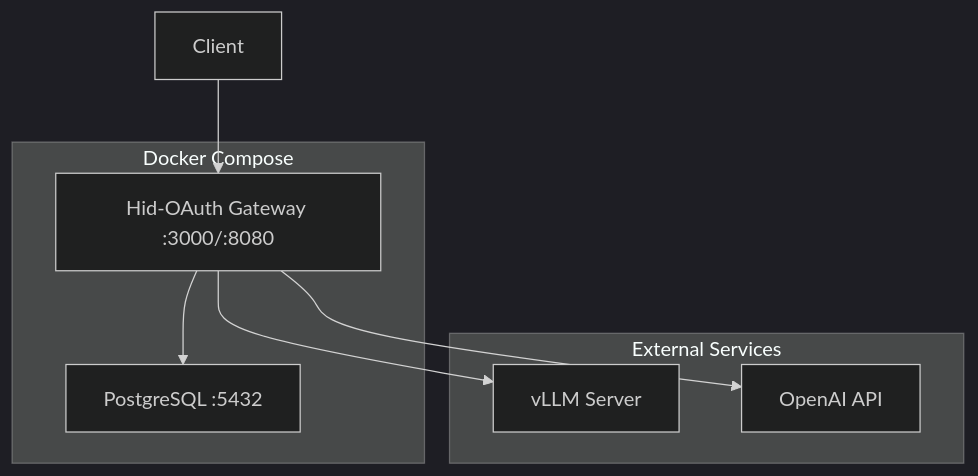
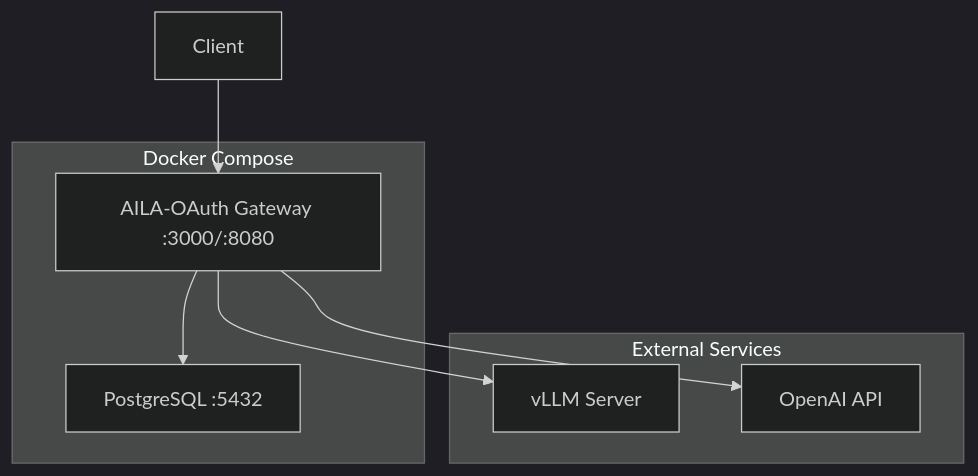
The ninth of 9 diagrams in docs/Architecture.md (Yoiness-Brag/aila-gatway-vllm), drawn with Mermaid (dark theme) before and after one commit. The commit also changed other lines of this file and 23 other files, not shown here.

First line of the commit message:
refactor: Rename all HID/hid references to AILA/aila across entire codebase

````diff
--- a/docs/Architecture.md
+++ b/docs/Architecture.md
@@ -479,17 +479,17 @@
 ```mermaid
 graph TB
     subgraph "Docker Compose"
         PG[PostgreSQL :5432]
-        GW[Hid-OAuth Gateway :3000/:8080]
+        GW[AILA-OAuth Gateway :3000/:8080]
     end
 
     subgraph "External Services"
         VLLM[vLLM Server]
         OPENAI[OpenAI API]
     end
 
     CLIENT[Client] --> GW
     GW --> PG
     GW --> VLLM
     GW --> OPENAI
 ```
````
